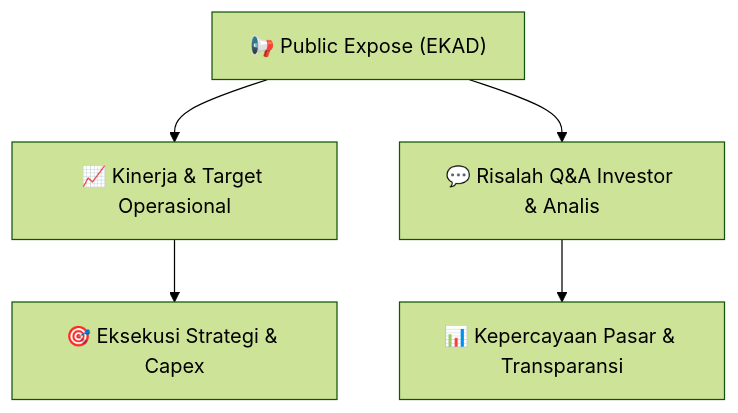
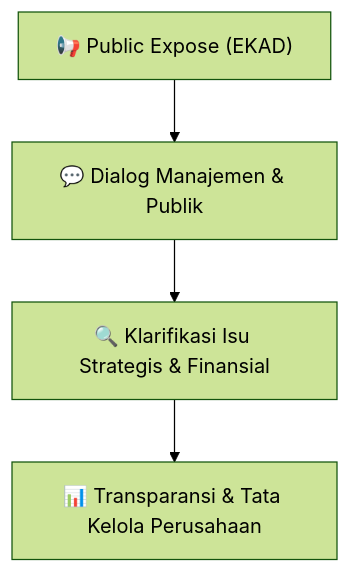
Before and after one commit to anYoneo/alphadigest-idx: the diagram in Finplan_analyst/knowledge-base/public-exposes/hasil-pubex/EKAD_Public_Expose_20260909.md, drawn with Mermaid (forest theme). The commit also changed other lines of this file and 526 other files, not shown here.

````diff
--- a/Finplan_analyst/knowledge-base/public-exposes/hasil-pubex/EKAD_Public_Expose_20260909.md
+++ b/Finplan_analyst/knowledge-base/public-exposes/hasil-pubex/EKAD_Public_Expose_20260909.md
@@ -51,7 +29,6 @@
 ```mermaid
 flowchart TD
-    A["📢 Public Expose (EKAD)"] --> B["📈 Kinerja & Target Operasional"]
-    A --> C["💬 Risalah Q&A Investor & Analis"]
-    B --> D["🎯 Eksekusi Strategi & Capex"]
-    C --> E["📊 Kepercayaan Pasar & Transparansi"]
+    A["📢 Public Expose (EKAD)"] --> B["💬 Dialog Manajemen & Publik"]
+    B --> C["🔍 Klarifikasi Isu Strategis & Finansial"]
+    C --> D["📊 Transparansi & Tata Kelola Perusahaan"]
 ```
````
